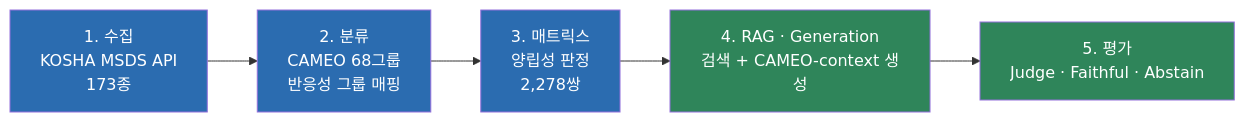
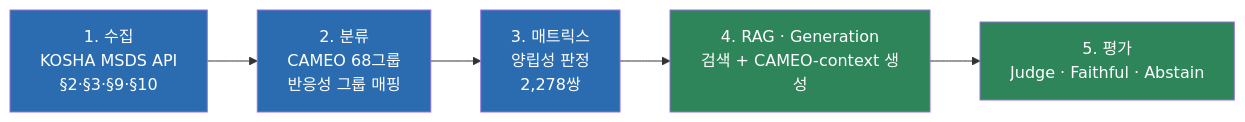
Before and after one commit to mungn0603-code/SMART_MSDS: the diagram in README.md, drawn with Mermaid. The commit also changed other lines of this file and 11 other files, not shown here.

````diff
--- a/README.md
+++ b/README.md
@@ -53,13 +56,13 @@
 ```mermaid
 flowchart LR
-    A["1. 수집\nKOSHA MSDS API\n173종"] --> B["2. 분류\nCAMEO 68그룹\n반응성 그룹 매핑"]
+    A["1. 수집\nKOSHA MSDS API\n§2·§3·§9·§10"] --> B["2. 분류\nCAMEO 68그룹\n반응성 그룹 매핑"]
     B --> C["3. 매트릭스\n양립성 판정\n2,278쌍"]
     C --> D["4. RAG · Generation\n검색 + CAMEO-context 생성"]
     D --> E["5. 평가\nJudge · Faithful · Abstain"]
 
     style A fill:#2b6cb0,color:#fff
     style B fill:#2b6cb0,color:#fff
     style C fill:#2b6cb0,color:#fff
     style D fill:#2f855a,color:#fff
     style E fill:#2f855a,color:#fff
 ```
````
